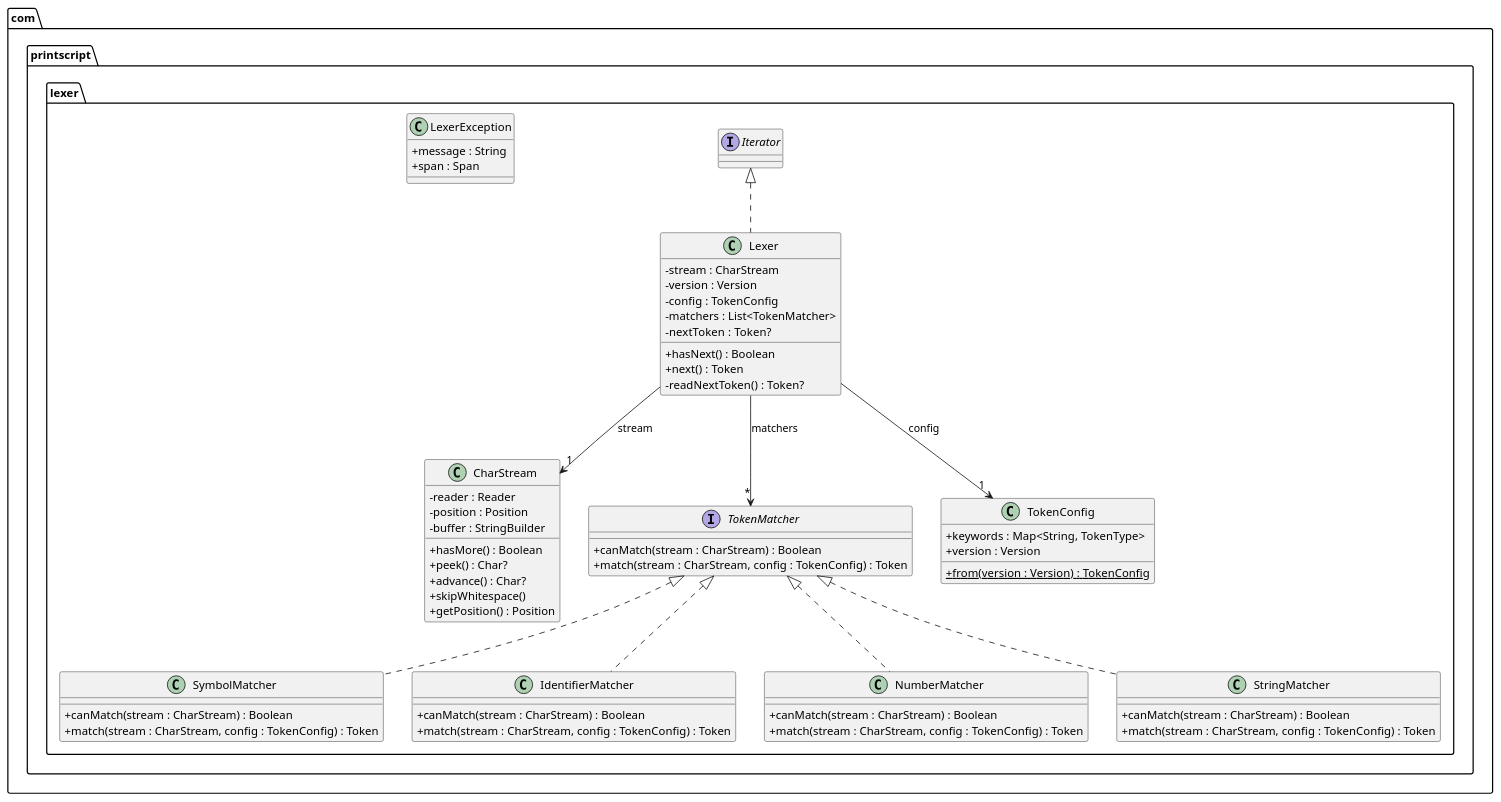
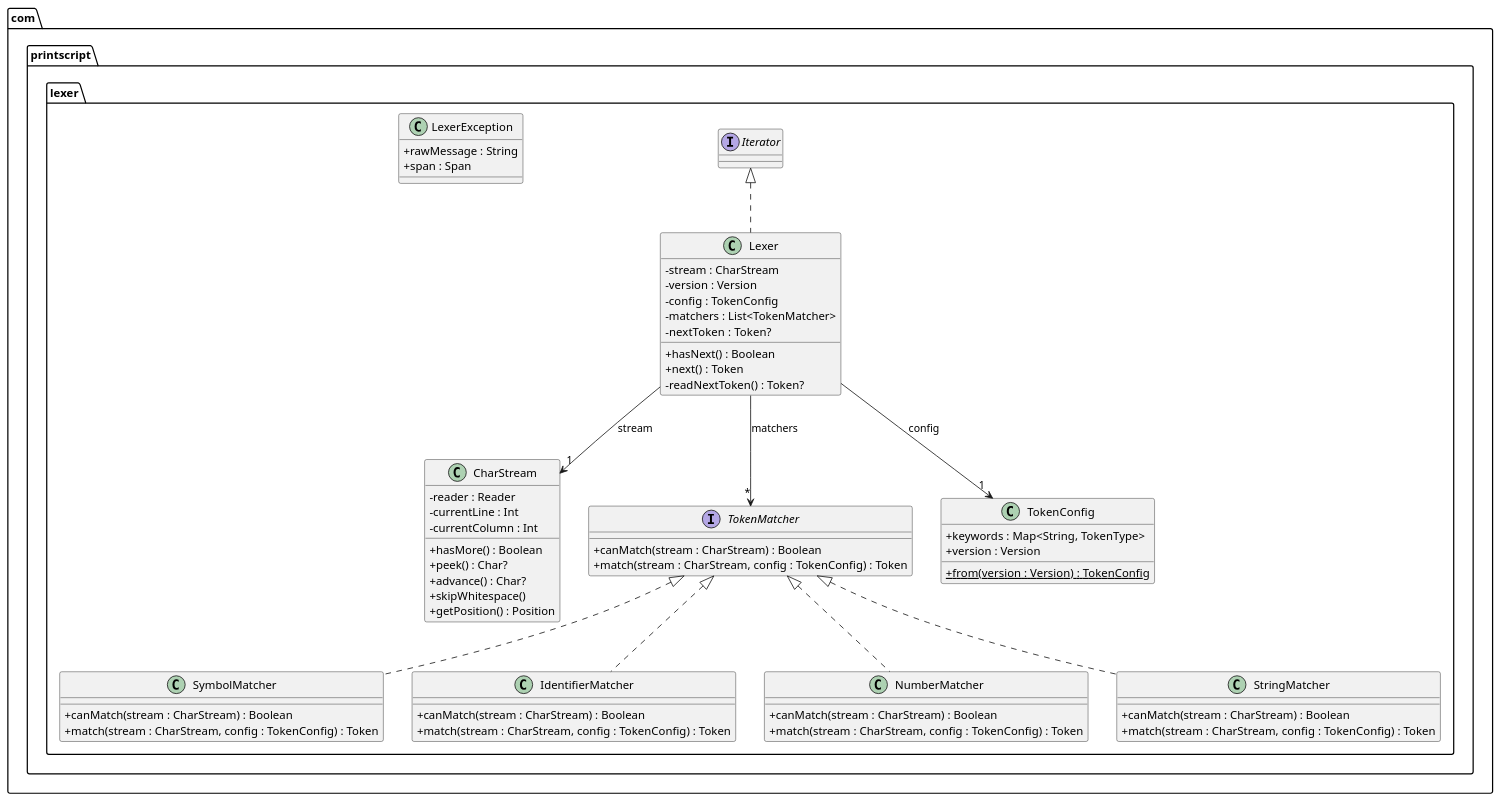
One commit to IngsisMac/printscript changed the diagram in docs/diagrams/lexer.puml. Above: the diagram before and after it, drawn with PlantUML. The commit also changed 10 other files, not shown here.

Commit message:
updated diagrams

```diff
--- a/docs/diagrams/lexer.puml
+++ b/docs/diagrams/lexer.puml
@@ -1,69 +1,69 @@
 @startuml
 skinparam classAttributeIconSize 0
 
 package "com.printscript.lexer" {
 
     class Lexer implements Iterator {
         - stream : CharStream
         - version : Version
         - config : TokenConfig
         - matchers : List<TokenMatcher>
         - nextToken : Token?
         + hasNext() : Boolean
         + next() : Token
         - readNextToken() : Token?
     }
 
     class CharStream {
         - reader : Reader
-        - position : Position
-        - buffer : StringBuilder
+        - currentLine : Int
+        - currentColumn : Int
         + hasMore() : Boolean
         + peek() : Char?
         + advance() : Char?
         + skipWhitespace()
         + getPosition() : Position
     }
 
     interface TokenMatcher {
         + canMatch(stream : CharStream) : Boolean
         + match(stream : CharStream, config : TokenConfig) : Token
     }
 
     class SymbolMatcher implements TokenMatcher {
         + canMatch(stream : CharStream) : Boolean
         + match(stream : CharStream, config : TokenConfig) : Token
     }
 
     class IdentifierMatcher implements TokenMatcher {
         + canMatch(stream : CharStream) : Boolean
         + match(stream : CharStream, config : TokenConfig) : Token
     }
 
     class NumberMatcher implements TokenMatcher {
         + canMatch(stream : CharStream) : Boolean
         + match(stream : CharStream, config : TokenConfig) : Token
     }
 
     class StringMatcher implements TokenMatcher {
         + canMatch(stream : CharStream) : Boolean
         + match(stream : CharStream, config : TokenConfig) : Token
     }
 
     class TokenConfig {
         + keywords : Map<String, TokenType>
         + version : Version
         + {static} from(version : Version) : TokenConfig
     }
 
     class LexerException {
-        + message : String
+        + rawMessage : String
         + span : Span
     }
 
     Lexer --> "1" CharStream : stream
     Lexer --> "*" TokenMatcher : matchers
     Lexer --> "1" TokenConfig : config
 }
 
 @enduml
```
